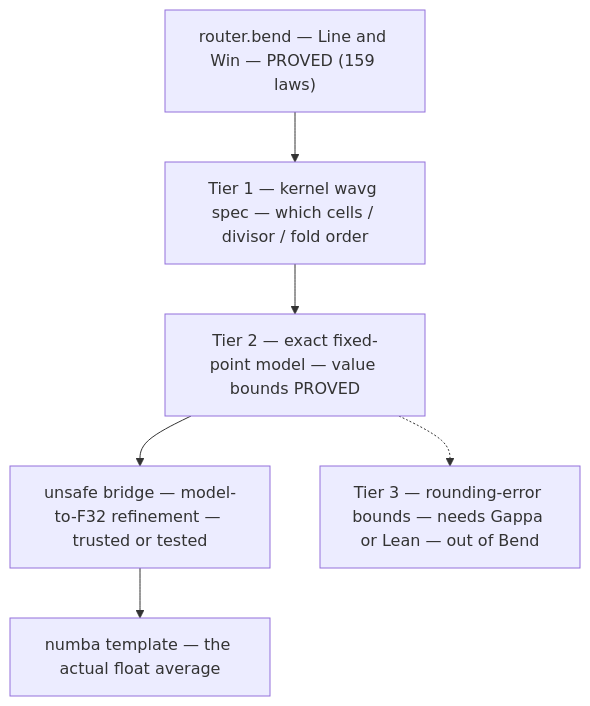
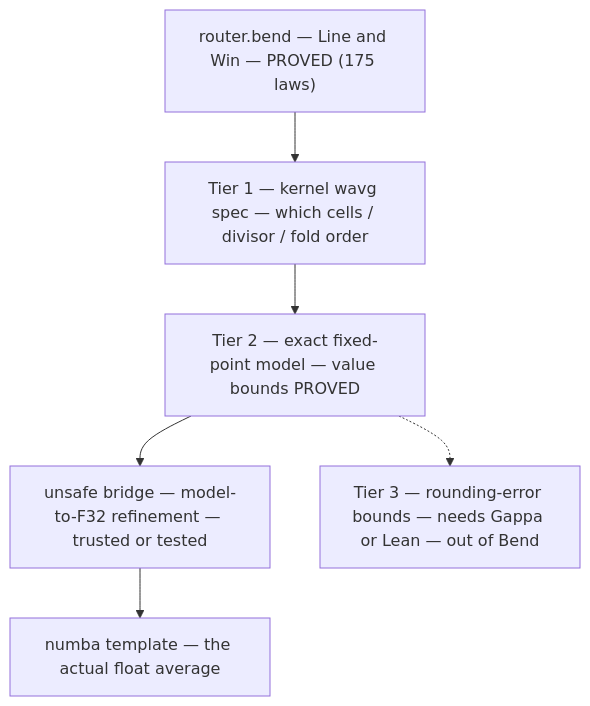
One commit to maedoc/tvb changed the diagram in tvb_library/tvb/simulator/backend/bend_hybrid/VALUE_LEVEL_EXPLAINER.md. Above: the diagram before and after it, drawn with Mermaid. The commit also changed other lines of this file and 3 other files, not shown here.

Commit message:
docs(bend_hybrid): README pedagogy -- the router in plain terms, how to read the laws; retire stale bits

````diff
--- a/tvb_library/tvb/simulator/backend/bend_hybrid/VALUE_LEVEL_EXPLAINER.md
+++ b/tvb_library/tvb/simulator/backend/bend_hybrid/VALUE_LEVEL_EXPLAINER.md
@@ -26,8 +26,8 @@
 ```mermaid
 flowchart TD
-  A["router.bend — Line and Win — PROVED (159 laws)"] --> B["Tier 1 — kernel wavg spec — which cells / divisor / fold order"]
+  A["router.bend — Line and Win — PROVED (175 laws)"] --> B["Tier 1 — kernel wavg spec — which cells / divisor / fold order"]
   B --> C["Tier 2 — exact fixed-point model — value bounds PROVED"]
   C --> D["unsafe bridge — model-to-F32 refinement — trusted or tested"]
   D --> E["numba template — the actual float average"]
   C -.-> F["Tier 3 — rounding-error bounds — needs Gappa or Lean — out of Bend"]
 ```
````
